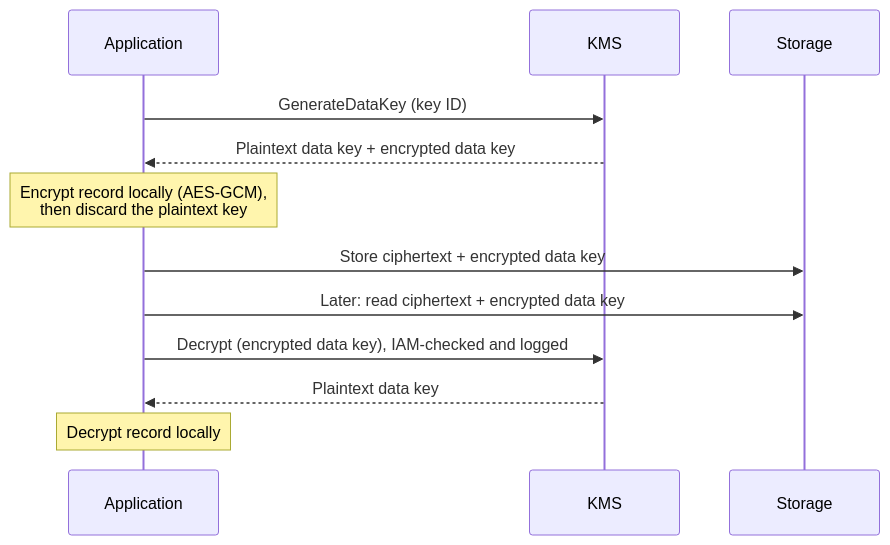
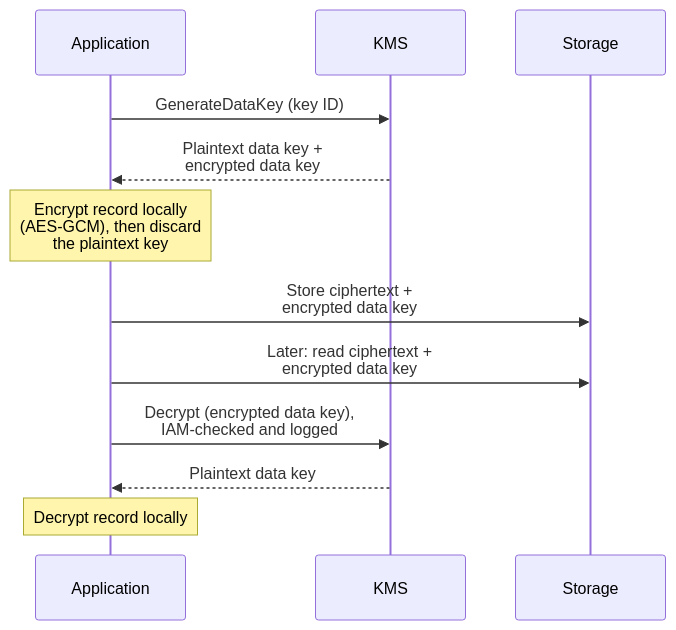
The second of 3 diagrams in src/content/docs/reliability/security.mdx (butyavk/system-design), drawn with Mermaid before and after one commit. The commit also changed other lines of this file and 144 other files, not shown here.

````diff
--- a/src/content/docs/reliability/security.mdx
+++ b/src/content/docs/reliability/security.mdx
@@ -62,14 +62,14 @@
 ```mermaid
 sequenceDiagram
   participant A as Application
   participant K as KMS
   participant S as Storage
   A->>K: GenerateDataKey (key ID)
-  K-->>A: Plaintext data key + encrypted data key
-  Note over A: Encrypt record locally (AES-GCM),<br/>then discard the plaintext key
-  A->>S: Store ciphertext + encrypted data key
-  A->>S: Later: read ciphertext + encrypted data key
-  A->>K: Decrypt (encrypted data key), IAM-checked and logged
+  K-->>A: Plaintext data key +<br/>encrypted data key
+  Note over A: Encrypt record locally<br/>(AES-GCM), then discard<br/>the plaintext key
+  A->>S: Store ciphertext +<br/>encrypted data key
+  A->>S: Later: read ciphertext +<br/>encrypted data key
+  A->>K: Decrypt (encrypted data key),<br/>IAM-checked and logged
   K-->>A: Plaintext data key
   Note over A: Decrypt record locally
 ```
````
